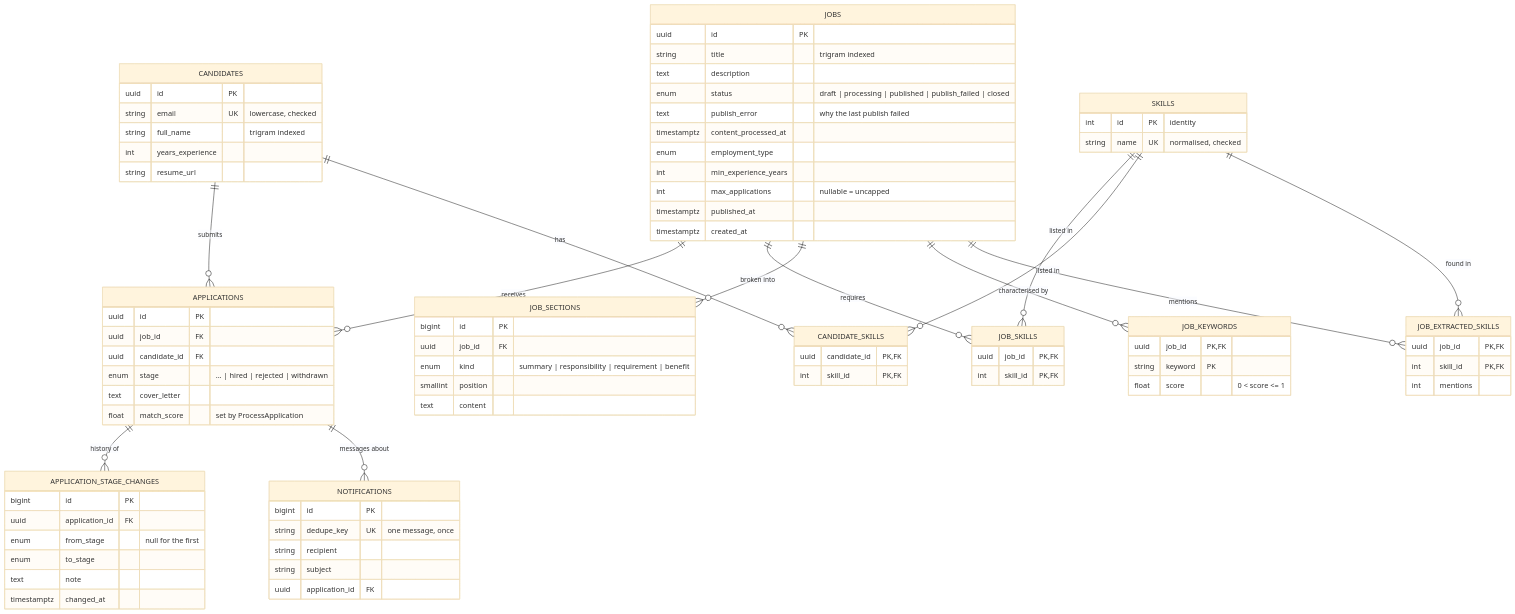
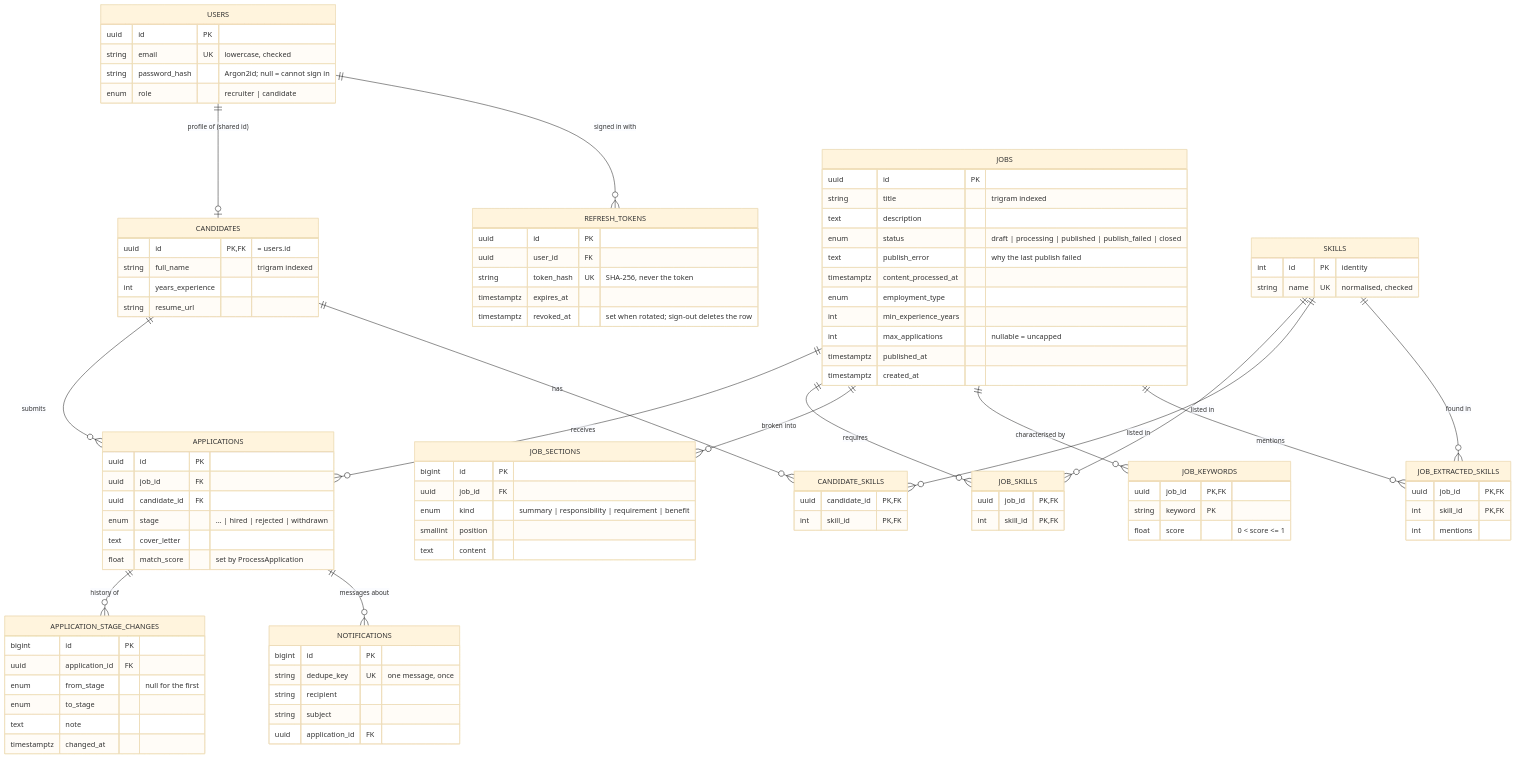
The diagram in docs/DATABASE.md (musman-se/smart-hire), drawn with Mermaid (base theme) before and after one commit. The commit also changed other lines of this file and 64 other files, not shown here.

First line of the commit message:
Authentication: accounts, rotating tokens, and a role check on every endpoint (#9)

````diff
--- a/docs/DATABASE.md
+++ b/docs/DATABASE.md
@@ -11,5 +11,7 @@
 ```mermaid
 erDiagram
+    USERS ||--o| CANDIDATES : "profile of (shared id)"
+    USERS ||--o{ REFRESH_TOKENS : "signed in with"
     JOBS ||--o{ APPLICATIONS : receives
     CANDIDATES ||--o{ APPLICATIONS : submits
     JOBS ||--o{ JOB_SKILLS : requires
@@ -36,9 +38,21 @@
         timestamptz published_at
         timestamptz created_at
     }
-    CANDIDATES {
+    USERS {
         uuid id PK
         string email UK "lowercase, checked"
+        string password_hash "Argon2id; null = cannot sign in"
+        enum role "recruiter | candidate"
+    }
+    REFRESH_TOKENS {
+        uuid id PK
+        uuid user_id FK
+        string token_hash UK "SHA-256, never the token"
+        timestamptz expires_at
+        timestamptz revoked_at "set when rotated; sign-out deletes the row"
+    }
+    CANDIDATES {
+        uuid id PK, FK "= users.id"
         string full_name "trigram indexed"
         int years_experience
         string resume_url
````
